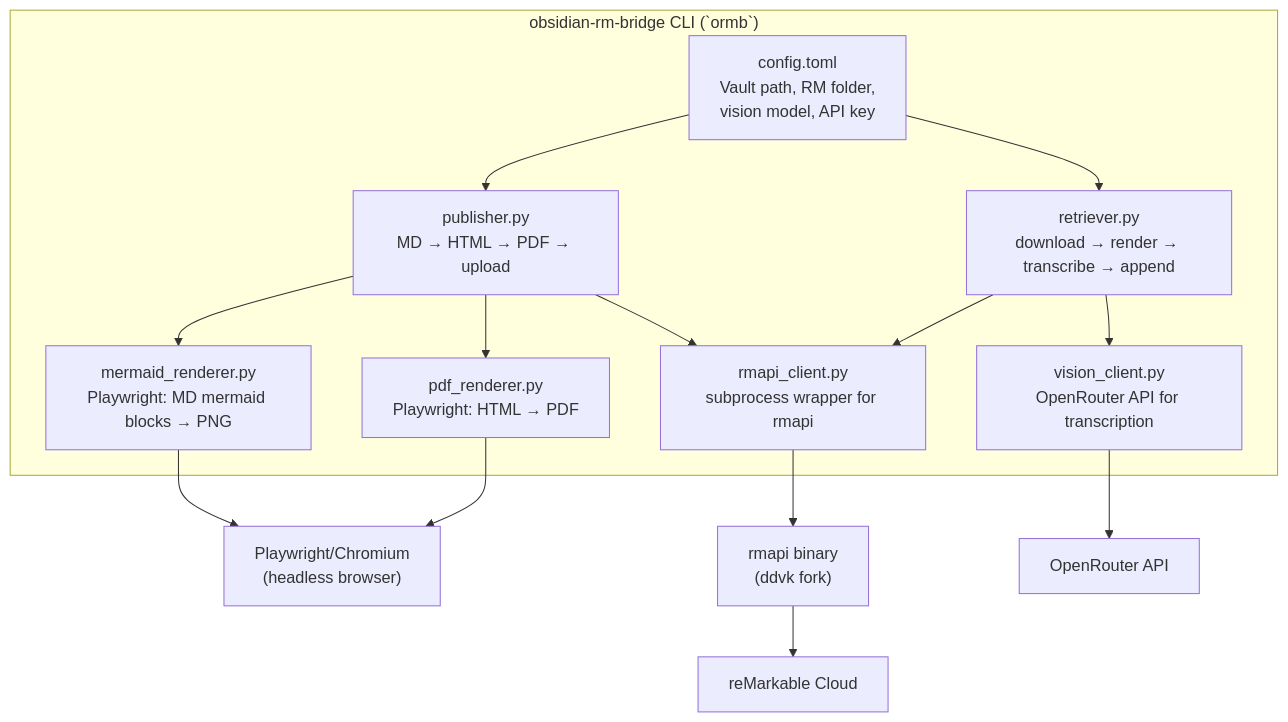
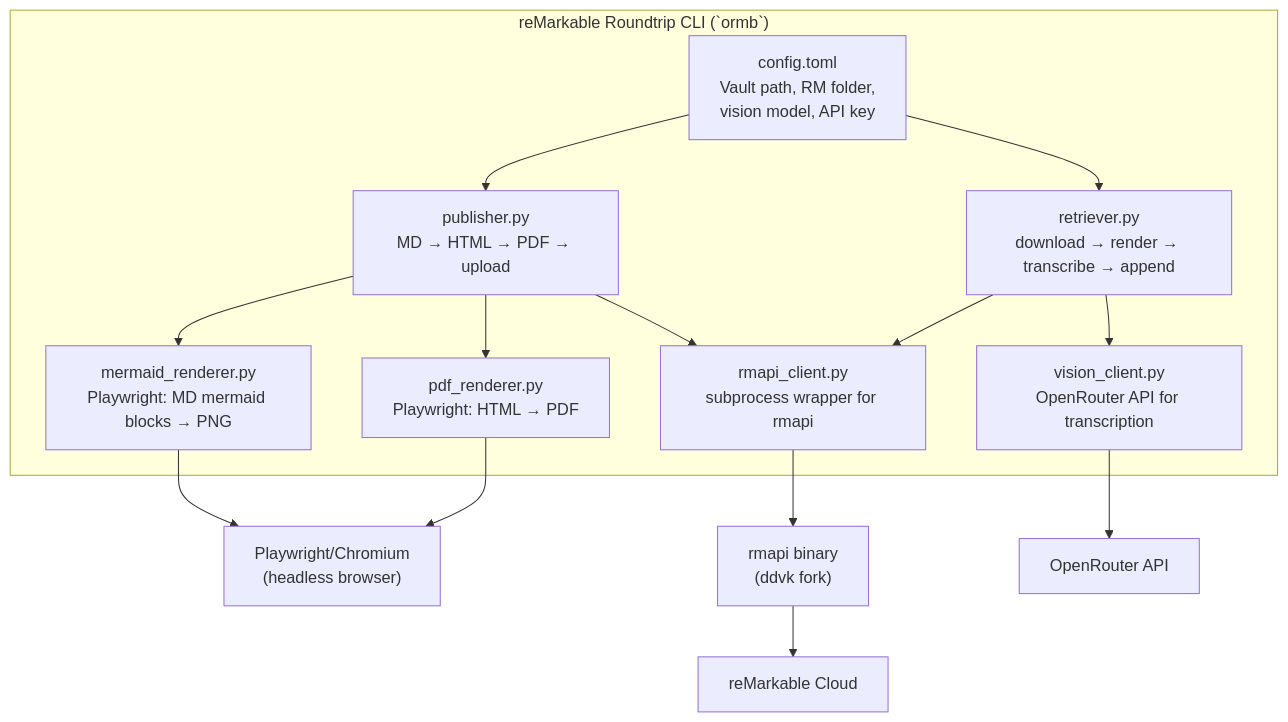
The second of 4 diagrams in docs/ARCHITECTURE.md (vevmesteren/obsidian-rm-bridge), drawn with Mermaid before and after one commit. The commit also changed other lines of this file and 22 other files, not shown here.

````diff
--- a/docs/ARCHITECTURE.md
+++ b/docs/ARCHITECTURE.md
@@ -90,30 +90,30 @@
 ```mermaid
 graph TB
-    subgraph CLI["obsidian-rm-bridge CLI (`ormb`)"]
+    subgraph CLI["reMarkable Roundtrip CLI (`ormb`)"]
         Config["config.toml<br/>Vault path, RM folder,<br/>vision model, API key"]
         Publisher["publisher.py<br/>MD → HTML → PDF → upload"]
         Retriever["retriever.py<br/>download → render → transcribe → append"]
         MermaidR["mermaid_renderer.py<br/>Playwright: MD mermaid blocks → PNG"]
         PDFR["pdf_renderer.py<br/>Playwright: HTML → PDF"]
         RMClient["rmapi_client.py<br/>subprocess wrapper for rmapi"]
         VisionClient["vision_client.py<br/>OpenRouter API for transcription"]
     end
 
     RM["rmapi binary<br/>(ddvk fork)"]
     PW["Playwright/Chromium<br/>(headless browser)"]
     RMCloud["reMarkable Cloud"]
     OpenRouter["OpenRouter API"]
 
     Publisher --> MermaidR
     Publisher --> PDFR
     Publisher --> RMClient
     MermaidR --> PW
     PDFR --> PW
     RMClient --> RM
     RM --> RMCloud
     Retriever --> RMClient
     Retriever --> VisionClient
     VisionClient --> OpenRouter
     Config --> Publisher
     Config --> Retriever
 ```
````
